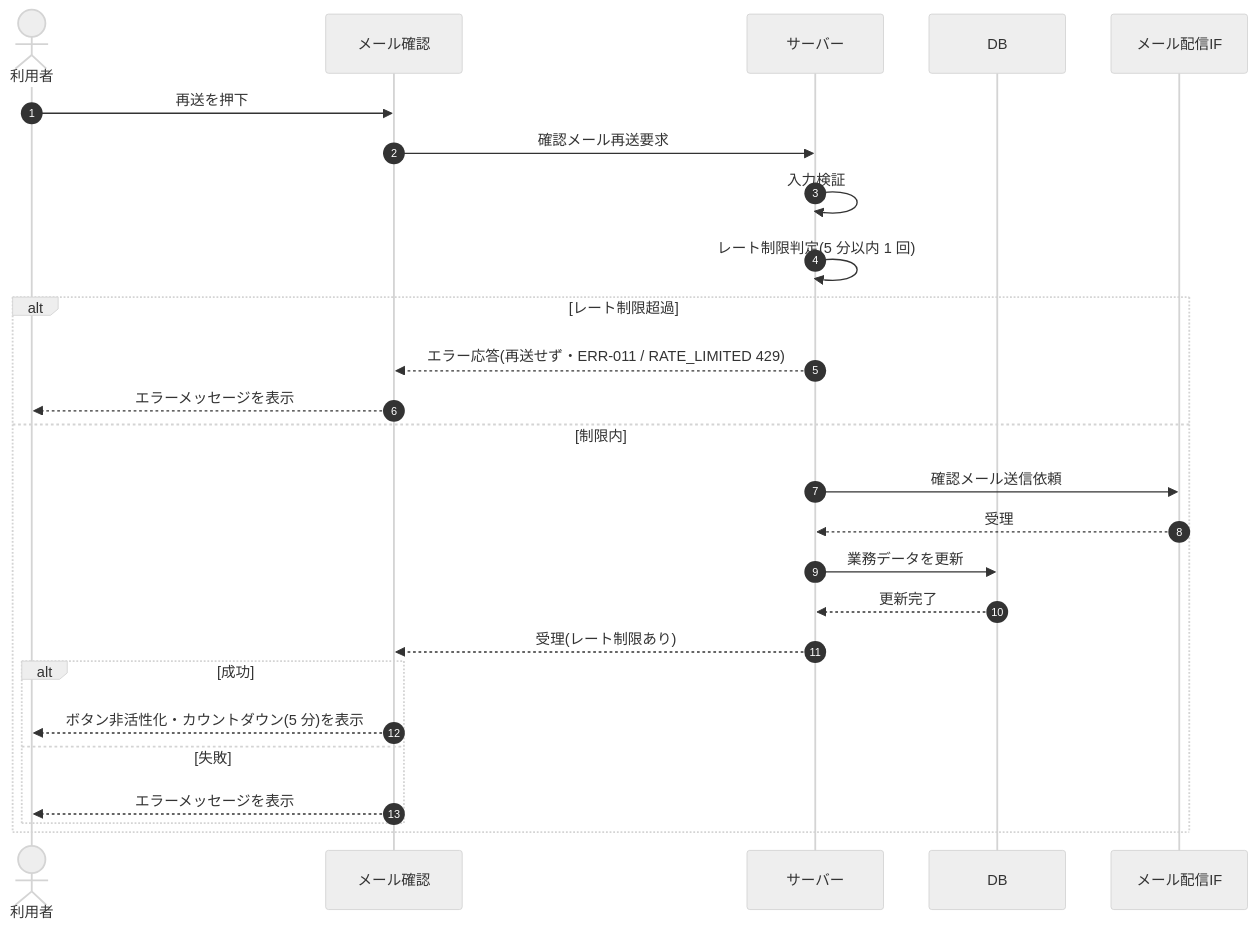
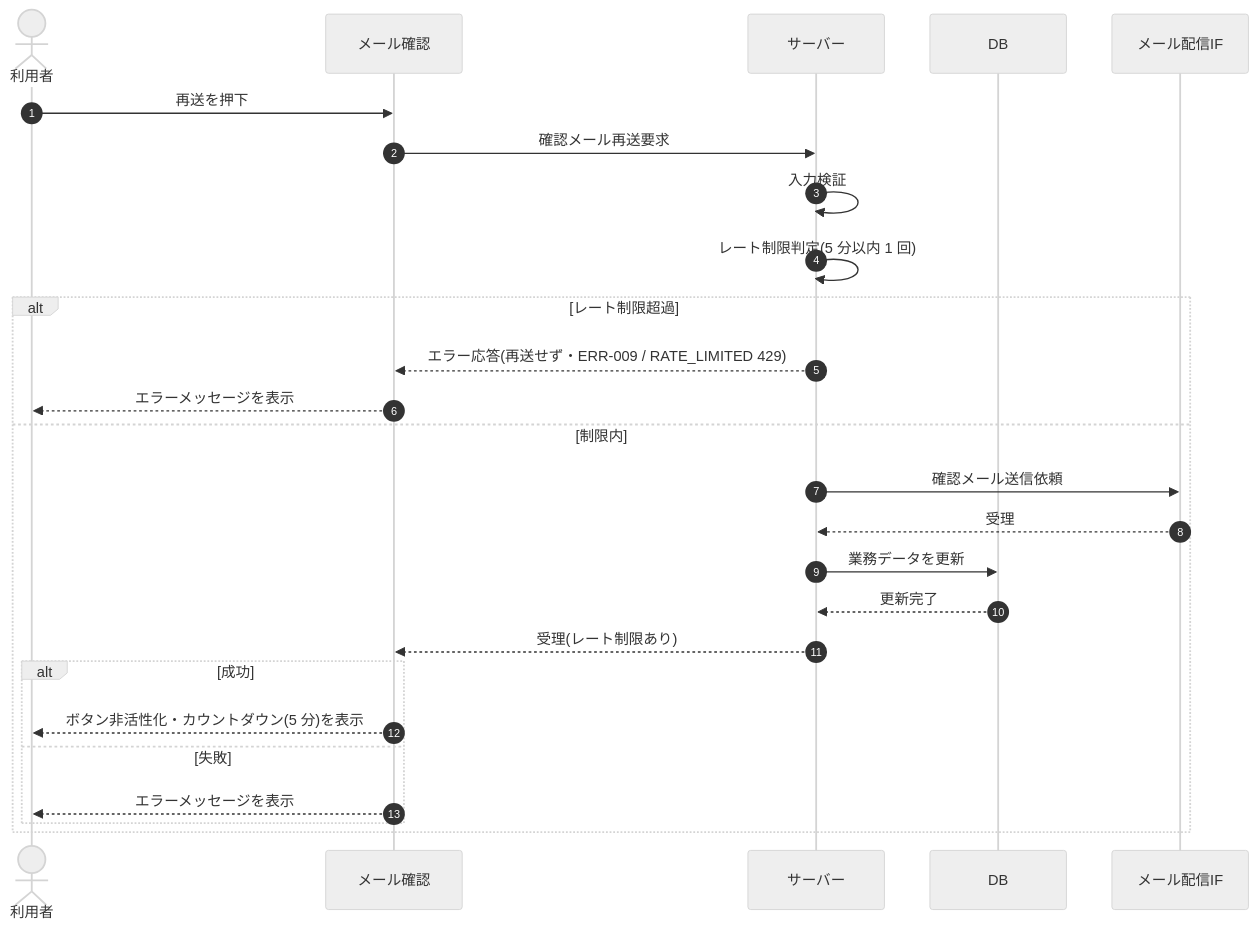
The diagram in 02_basic_design/03_sequences/SEQ-065.md (sikakou54/open-faq), drawn with Mermaid (neutral theme) before and after one commit. The commit also changed other lines of this file and 198 other files, not shown here.

````diff
--- a/02_basic_design/03_sequences/SEQ-065.md
+++ b/02_basic_design/03_sequences/SEQ-065.md
@@ -24,28 +24,28 @@
 ```mermaid
 sequenceDiagram
   autonumber
   actor U as 利用者
   participant Screen as メール確認
   participant Server as サーバー
   participant DB as DB
   participant MAIL as メール配信IF
   U->>Screen: 再送を押下
   Screen->>Server: 確認メール再送要求
   Server->>Server: 入力検証
   Server->>Server: レート制限判定(5 分以内 1 回)
   alt レート制限超過
-    Server-->>Screen: エラー応答(再送せず・ERR-011 / RATE_LIMITED 429)
+    Server-->>Screen: エラー応答(再送せず・ERR-009 / RATE_LIMITED 429)
     Screen-->>U: エラーメッセージを表示
   else 制限内
     Server->>MAIL: 確認メール送信依頼
     MAIL-->>Server: 受理
     Server->>DB: 業務データを更新
     DB-->>Server: 更新完了
     Server-->>Screen: 受理(レート制限あり)
     alt 成功
       Screen-->>U: ボタン非活性化・カウントダウン(5 分)を表示
     else 失敗
       Screen-->>U: エラーメッセージを表示
     end
   end
 ```
````
